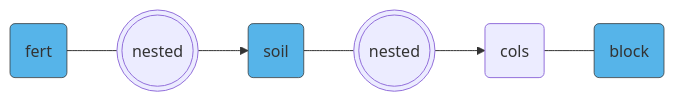
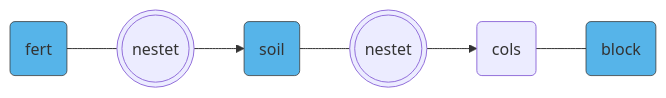
Before and after one commit to jkruppa/jkruppa.github.io: the second of 7 diagrams in experimental-design-advanced.qmd, drawn with Mermaid. The commit also changed other lines of this file and 29 other files, not shown here.

````diff
--- a/experimental-design-advanced.qmd
+++ b/experimental-design-advanced.qmd
@@ -306,8 +306,8 @@
 ```{mermaid}
 %%| label: fig-mermaid-splitplot
 %%| fig-width: 6
 %%| fig-cap: "Abhängigkeitsstruktur des *split plot design*. Der Faktor `soil` ist in den Spalten `cols` der Blöcke randomisiert und der zweite Faktor `fert` innerhalb des anderen Faktors und somit auch in den Spalten."
 flowchart LR
-    A(fert):::factor --- B(((nested))) --> C(soil):::factor --- D(((nested))) --> E(cols) --- F(block):::factor
+    A(fert):::factor --- B(((nestet))) --> C(soil):::factor --- D(((nestet))) --> E(cols) --- F(block):::factor
     classDef factor fill:#56B4E9,stroke:#333,stroke-width:0.75px
 ```
````
